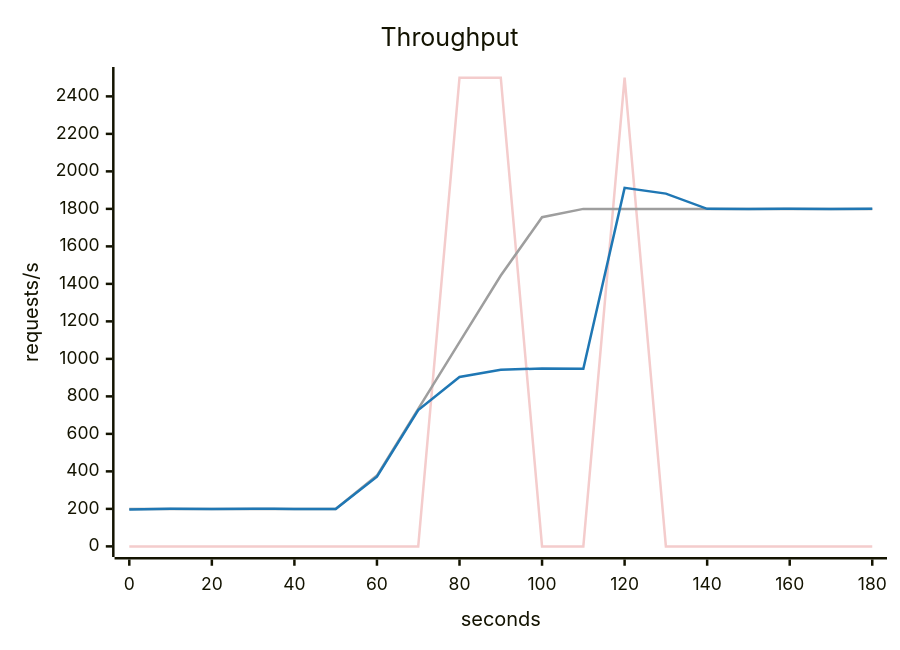
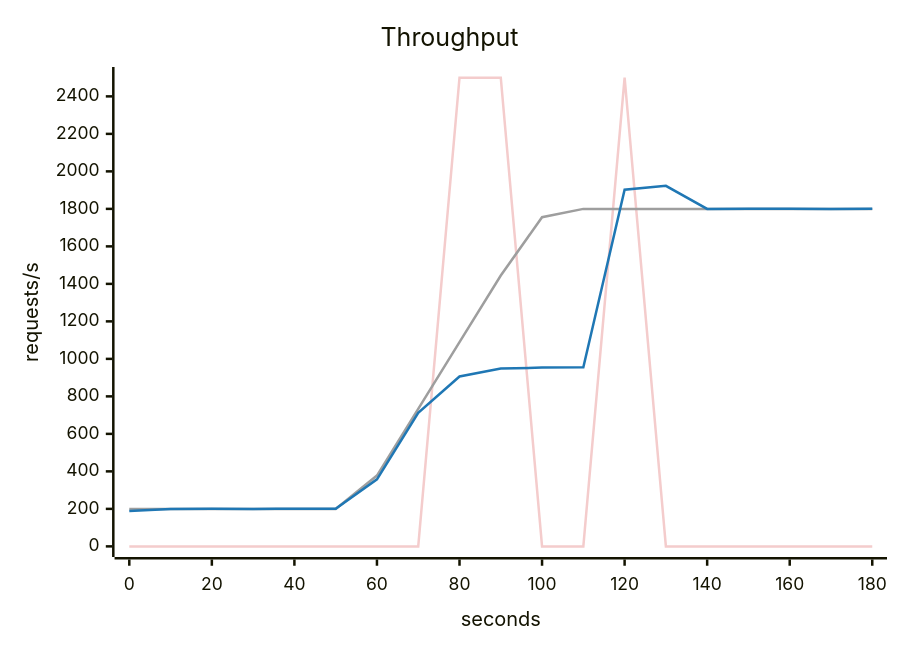
One commit to akinfemi/load-lore changed the second of 5 diagrams in scenarios/featured-on-hacker-news/solutions/scale-on-inflight/report.md. Above: the diagram before and after it, drawn with Mermaid. The commit also changed other lines of this file and 49 other files, not shown here.

````diff
--- a/scenarios/featured-on-hacker-news/solutions/scale-on-inflight/report.md
+++ b/scenarios/featured-on-hacker-news/solutions/scale-on-inflight/report.md
@@ -37,16 +37,16 @@
 ```mermaid
 ---
 config:
   themeVariables:
     xyChart:
       backgroundColor: "transparent"
       plotColorPalette: "#f4cccc, #9e9e9e, #1f77b4"
 ---
 xychart-beta
     title "Throughput"
     x-axis "seconds" 0 --> 180
     y-axis "requests/s" 0 --> 2500
     line [0, 0, 0, 0, 0, 0, 0, 0, 2500, 2500, 0, 0, 2500, 0, 0, 0, 0, 0, 0]
     line [200, 200, 200, 200, 200, 200, 377.778, 733.333, 1088.889, 1444.444, 1755.556, 1800, 1800, 1800, 1800, 1800, 1800, 1800, 1800]
-    line [196.695, 200.025, 199.838, 200.098, 199.973, 199.943, 371.767, 727.16, 903.244, 942.101, 948.677, 947.292, 1912.048, 1881.412, 1800.051, 1799.918, 1800.036, 1799.92, 1800.021]
+    line [188.358, 199.861, 200.04, 199.997, 200.019, 200.14, 357.342, 712.049, 906.116, 948.148, 953.544, 955.021, 1901.97, 1922.79, 1799.895, 1800.03, 1800.017, 1799.956, 1800.075]
 ```
````
